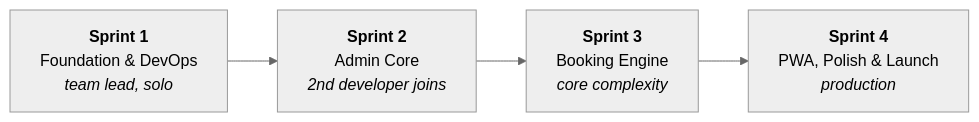
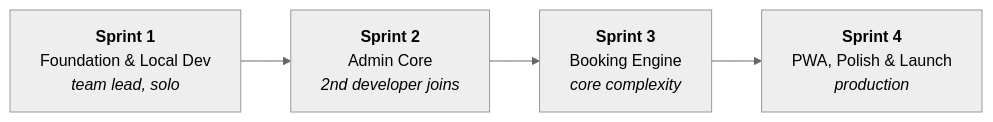
The first of 2 diagrams in docs/roadmap/index.md (hthr240/tzamot), drawn with Mermaid (neutral theme) before and after one commit. The commit also changed other lines of this file and 11 other files, not shown here.

First line of the commit message:
Align project workflow and zero-cost infrastructure roadmap

````diff
--- a/docs/roadmap/index.md
+++ b/docs/roadmap/index.md
@@ -8,8 +12,8 @@
 ```mermaid
 flowchart LR
-    S1["<b>Sprint 1</b><br/>Foundation & DevOps<br/><i>team lead, solo</i>"]
+    S1["<b>Sprint 1</b><br/>Foundation & Local Dev<br/><i>team lead, solo</i>"]
     S2["<b>Sprint 2</b><br/>Admin Core<br/><i>2nd developer joins</i>"]
     S3["<b>Sprint 3</b><br/>Booking Engine<br/><i>core complexity</i>"]
     S4["<b>Sprint 4</b><br/>PWA, Polish & Launch<br/><i>production</i>"]
     S1 --> S2 --> S3 --> S4
 ```
````
